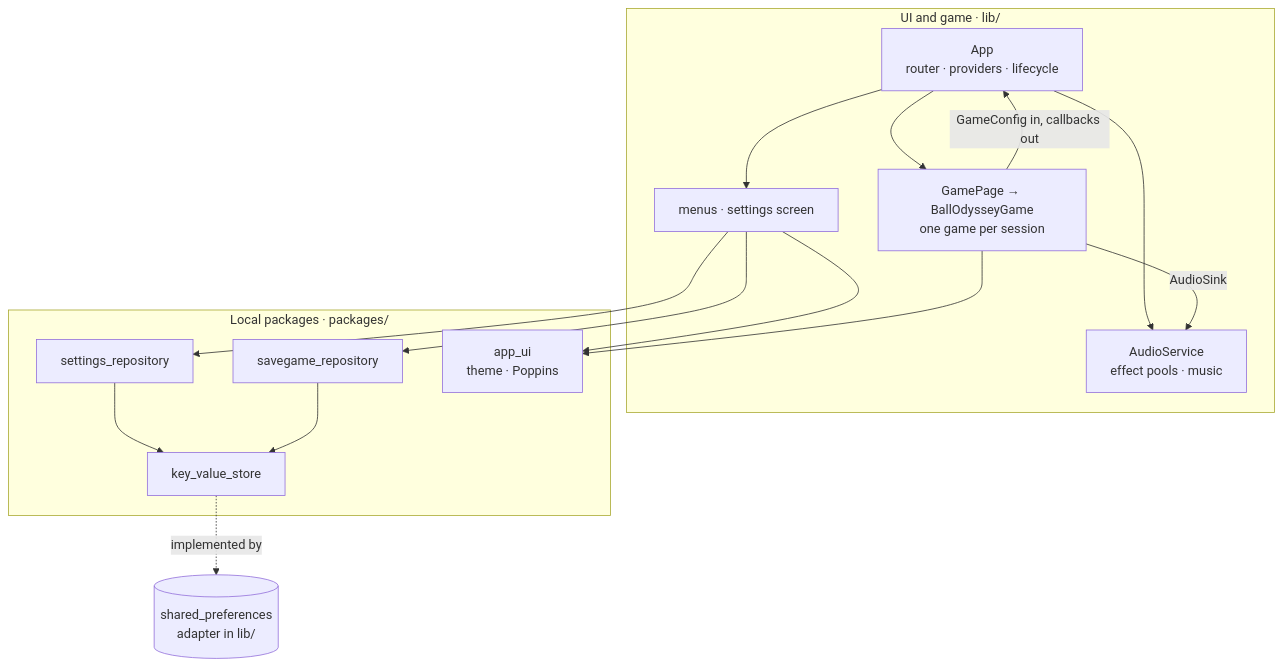
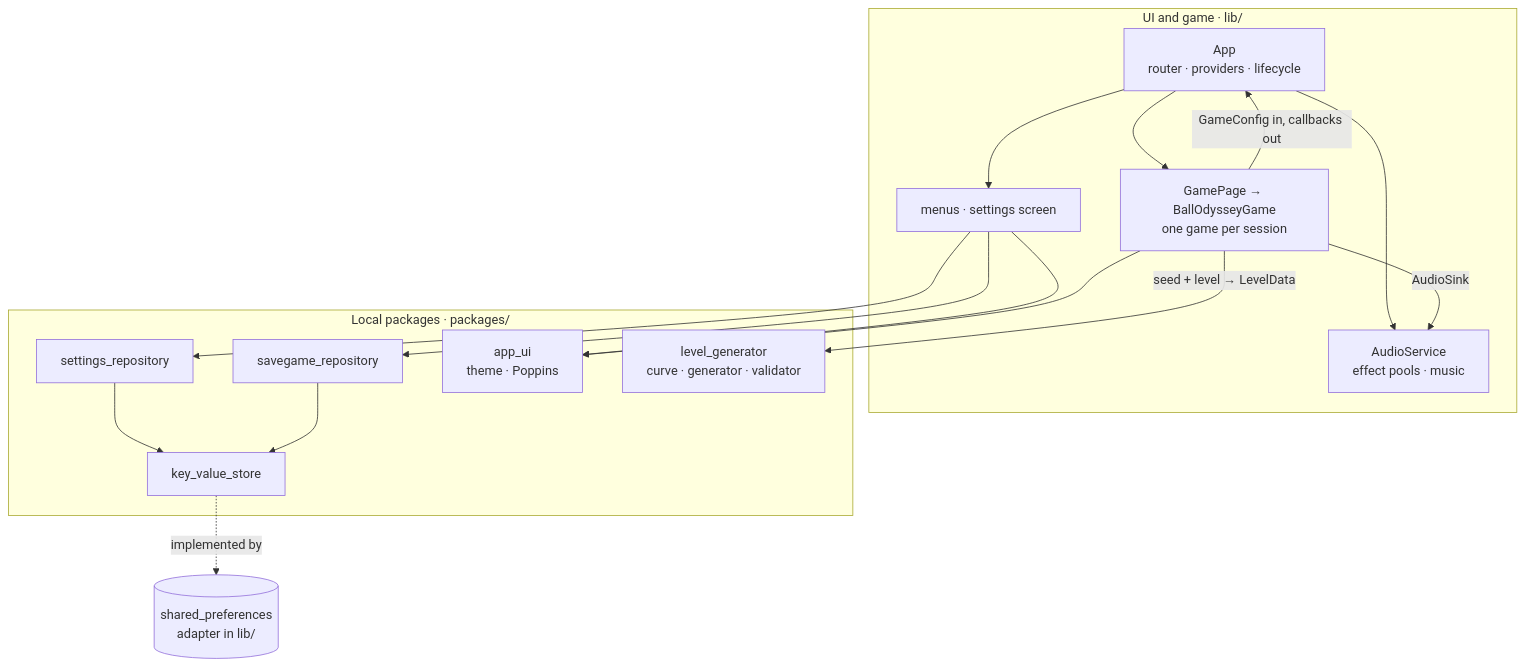
One commit to grojof/puzzle_ball_gklabs changed the diagram in docs/architecture.md. Above: the diagram before and after it, drawn with Mermaid. The commit also changed other lines of this file and 51 other files, not shown here.

````diff
--- a/docs/architecture.md
+++ b/docs/architecture.md
@@ -16,23 +16,25 @@
 ```mermaid
 flowchart TB
   subgraph UI["UI and game · lib/"]
     APP["App<br/>router · providers · lifecycle"]
     MENUS["menus · settings screen"]
     GAME["GamePage → BallOdysseyGame<br/>one game per session"]
     AUDIO["AudioService<br/>effect pools · music"]
   end
   subgraph PKG["Local packages · packages/"]
     SET["settings_repository"]
     SAVE["savegame_repository"]
     KV["key_value_store"]
     UI_PKG["app_ui<br/>theme · Poppins"]
+    GEN["level_generator<br/>curve · generator · validator"]
   end
   SP[("shared_preferences<br/>adapter in lib/")]
   APP --> MENUS & GAME & AUDIO
   MENUS --> SET & SAVE
   GAME -- "GameConfig in, callbacks out" --> APP
   GAME -- "AudioSink" --> AUDIO
   SET & SAVE --> KV
   KV -. implemented by .-> SP
   MENUS & GAME --> UI_PKG
+  GAME -- "seed + level → LevelData" --> GEN
 ```
````
